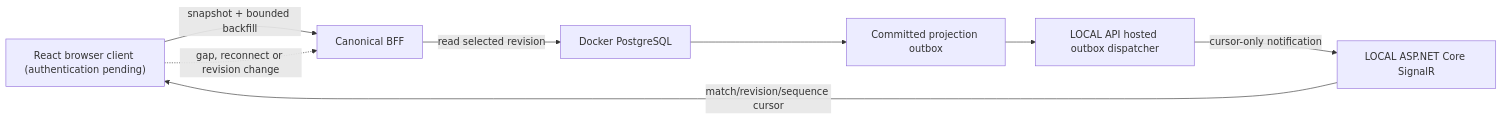
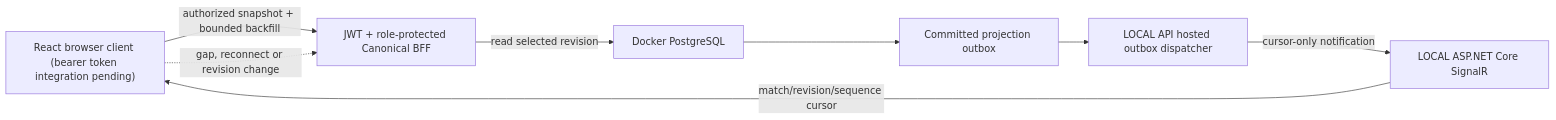
Before and after one commit to prateekgangopadhyay/PitchMind: the second of 3 diagrams in docs/architecture/02-container.md, drawn with Mermaid. The commit also changed other lines of this file and 16 other files, not shown here.

````diff
--- a/docs/architecture/02-container.md
+++ b/docs/architecture/02-container.md
@@ -25,10 +25,10 @@
 ```mermaid
 flowchart LR
-  Browser["React browser client (authentication pending)"] -->|snapshot + bounded backfill| BFF["Canonical BFF"]
+  Browser["React browser client (bearer token integration pending)"] -->|authorized snapshot + bounded backfill| BFF["JWT + role-protected Canonical BFF"]
   BFF -->|read selected revision| PG["Docker PostgreSQL"]
   PG --> Outbox["Committed projection outbox"]
   Dispatch["LOCAL API hosted outbox dispatcher"] -->|cursor-only notification| Hub["LOCAL ASP.NET Core SignalR"]
   Outbox --> Dispatch
   Hub -->|match/revision/sequence cursor| Browser
   Browser -. "gap, reconnect or revision change" .-> BFF
 ```
````
